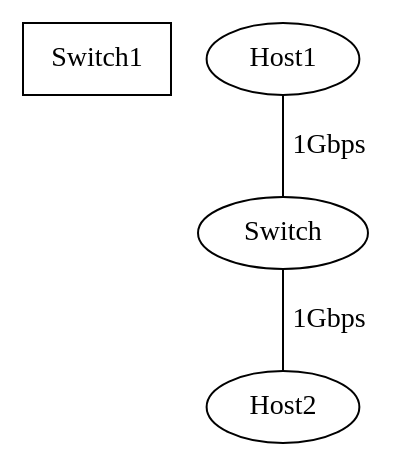
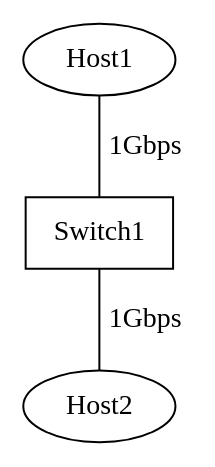
Before and after one commit to jhxie/CMPUT496: the diagram in PerformanceAnalysis/SingleSwitchTopo.dot, drawn with Graphviz. The commit also changed 2 other files, not shown here.

Commit message:
Fixed the switch drawing bug in the dot graph and made delay and loss configurable in SingleSwitchTopo

```diff
--- a/PerformanceAnalysis/SingleSwitchTopo.dot
+++ b/PerformanceAnalysis/SingleSwitchTopo.dot
@@ -1,7 +1,7 @@
 graph G {
 	Switch1 [shape=box];
 	Host1 [shape=ellipse];
 	Host2 [shape=ellipse];
-	Host1 -- Switch [label="1Gbps"];
-	Switch -- Host2 [label="1Gbps"];
+	Host1 -- Switch1 [label="1Gbps"];
+	Switch1 -- Host2 [label="1Gbps"];
 }
```
